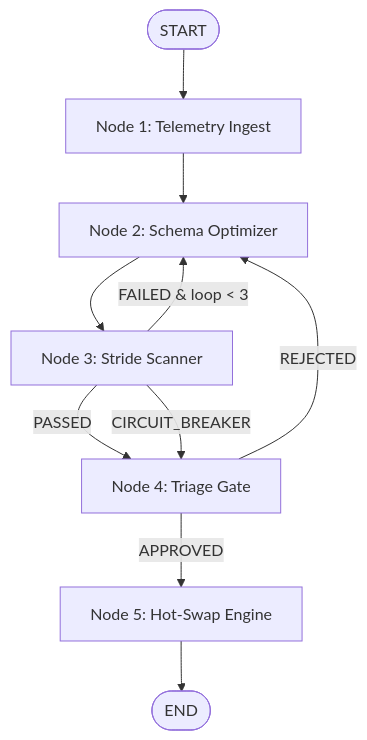
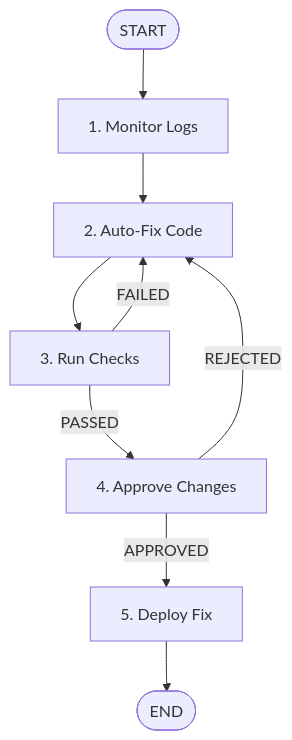
The diagram in README.md (SatishVattikulla/SchemaAdapt-AI), drawn with Mermaid before and after one commit. The commit also changed other lines of this file, not shown here.

````diff
--- a/README.md
+++ b/README.md
@@ -13,12 +13,11 @@
 ```mermaid
 graph TD
-    START([START]) --> Node1[Node 1: Telemetry Ingest]
-    Node1 --> Node2[Node 2: Schema Optimizer]
-    Node2 --> Node3[Node 3: Stride Scanner]
-    Node3 -- PASSED --> Node4[Node 4: Triage Gate]
-    Node3 -- FAILED & loop < 3 --> Node2
-    Node3 -- CIRCUIT_BREAKER --> Node4
-    Node4 -- APPROVED --> Node5[Node 5: Hot-Swap Engine]
-    Node4 -- REJECTED --> Node2
-    Node5 --> END([END])
+    START([START]) --> Step1[1. Monitor Logs]
+    Step1 --> Step2[2. Auto-Fix Code]
+    Step2 --> Step3[3. Run Checks]
+    Step3 -- PASSED --> Step4[4. Approve Changes]
+    Step3 -- FAILED --> Step2
+    Step4 -- APPROVED --> Step5[5. Deploy Fix]
+    Step4 -- REJECTED --> Step2
+    Step5 --> END([END])
 ```
````
